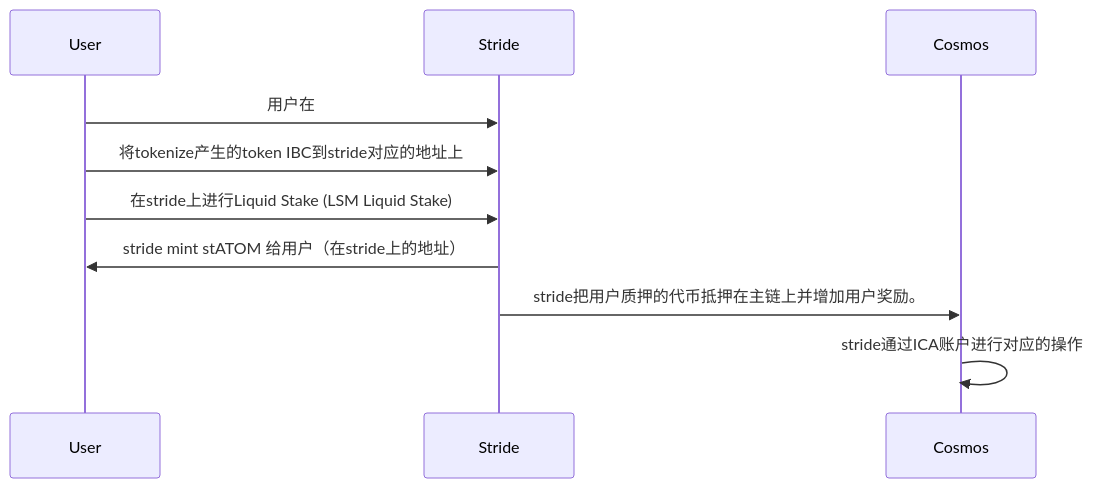
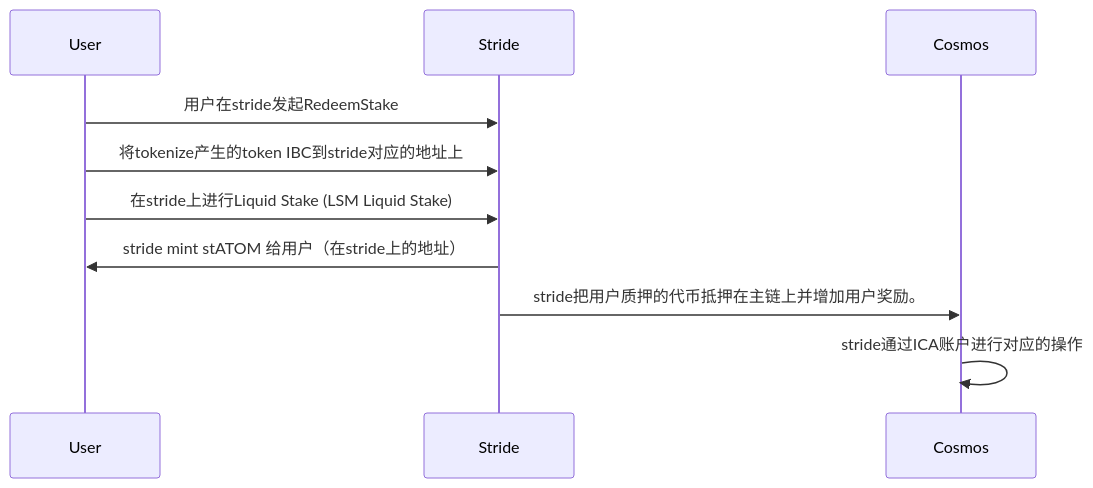
One commit to yingjianzh/iodraw-files changed the diagram in all/未命名-3.md. Above: the diagram before and after it, drawn with Mermaid.

Commit message:
2024-03-28 14:34:54 update

````diff
--- a/all/未命名-3.md
+++ b/all/未命名-3.md
@@ -1,9 +1,9 @@
 ```mermaid
 sequenceDiagram
-    User->>Stride: 用户在
+    User->>Stride: 用户在stride发起RedeemStake
     User->>Stride: 将tokenize产生的token IBC到stride对应的地址上
     User->>Stride: 在stride上进行Liquid Stake (LSM Liquid Stake)
     Stride->>User: stride mint stATOM 给用户（在stride上的地址）
     Stride->>Cosmos: stride把用户质押的代币抵押在主链上并增加用户奖励。
     Cosmos->>Cosmos: stride通过ICA账户进行对应的操作
 ```
````
